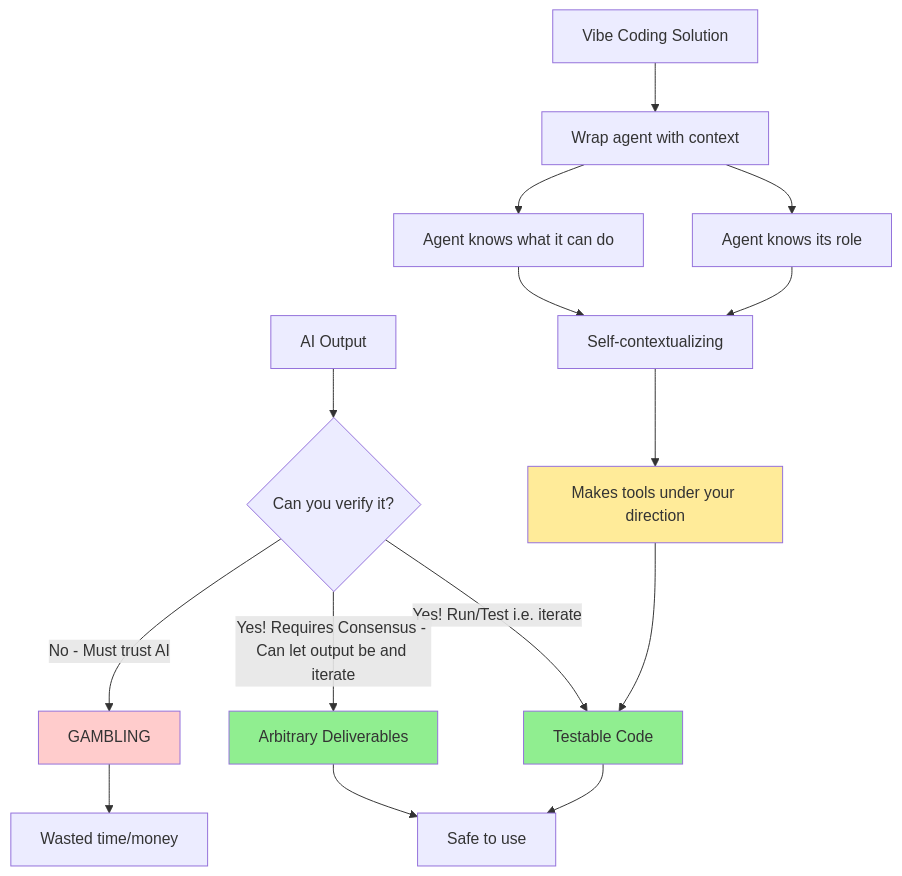
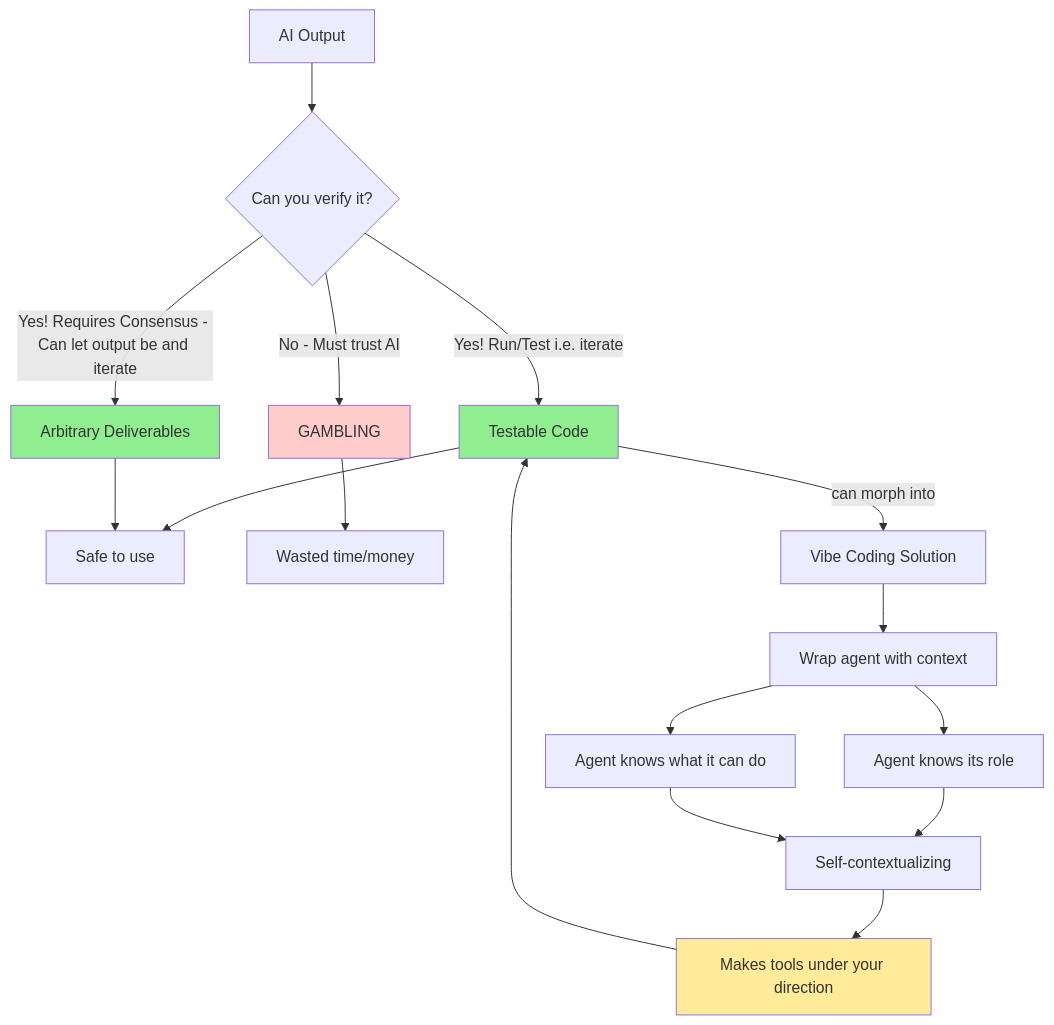
Before and after one commit to sancovp/starship-mcp: the diagram in docs/diagrams/0_BaseSituation.mermaid, drawn with Mermaid.

```diff
--- a/docs/diagrams/0_BaseSituation.mermaid
+++ b/docs/diagrams/0_BaseSituation.mermaid
@@ -1,22 +1,23 @@
 flowchart TD
     A[AI Output] --> B{Can you verify it?}
     B -->|Yes! Run/Test i.e. iterate| C[Testable Code]
     B -->|Yes! Requires Consensus - Can let output be and iterate| D[Arbitrary Deliverables]
     B -->|No - Must trust AI| E[GAMBLING]
     
     C --> F[Safe to use]
     D --> F
     E --> G[Wasted time/money]
     
     H[Vibe Coding Solution] --> I[Wrap agent with context]
     I --> J[Agent knows its role]
     I --> K[Agent knows what it can do]
     J --> L[Self-contextualizing]
     K --> L
     L --> M[Makes tools under your direction]
     M --> C
+    C -->|can morph into| H
     
     style C fill:#90EE90
     style D fill:#90EE90
     style E fill:#ffcccc
     style M fill:#ffeb99
```
